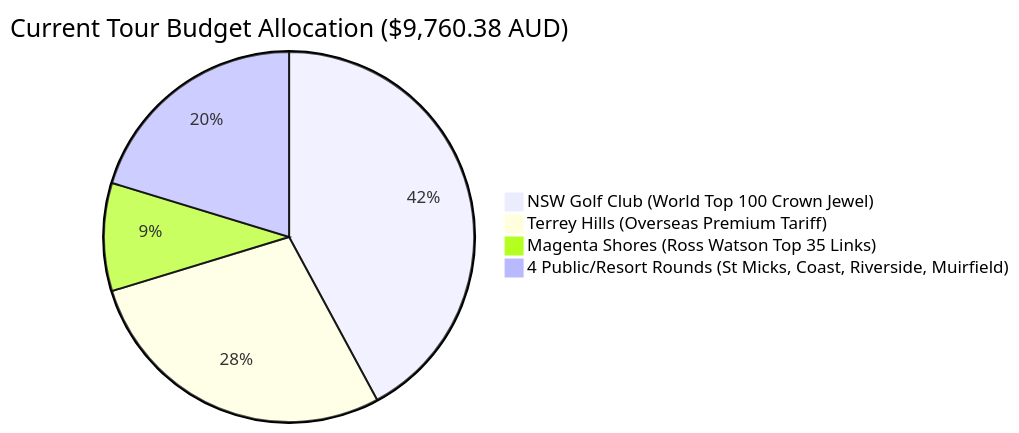
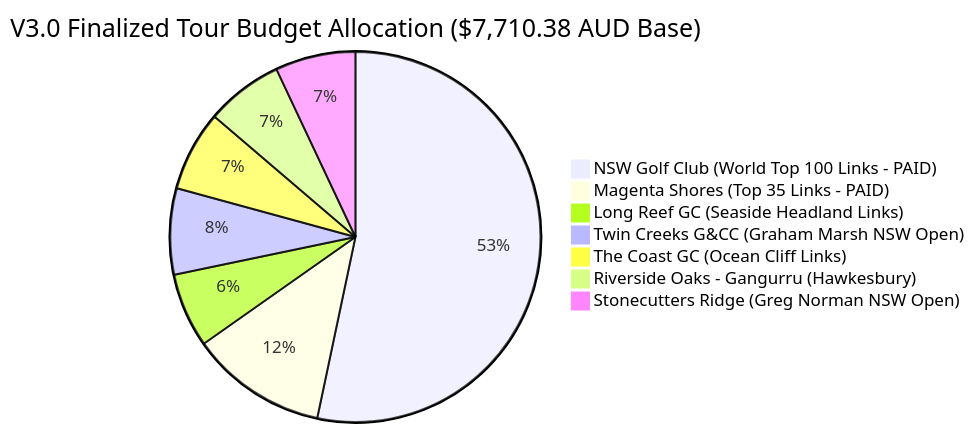
One commit to leonliah/sydney-golf-tour-2026 changed the diagram in docs/advisor_recommendations.md. Above: the diagram before and after it, drawn with Mermaid. The commit also changed other lines of this file and 4 other files, not shown here.

````diff
--- a/docs/advisor_recommendations.md
+++ b/docs/advisor_recommendations.md
@@ -23,7 +19,10 @@
 ```mermaid
-pie title Current Tour Budget Allocation ($9,760.38 AUD)
-    "NSW Golf Club (World Top 100 Crown Jewel)" : 4110.38
-    "Terrey Hills (Overseas Premium Tariff)" : 2750.00
-    "Magenta Shores (Ross Watson Top 35 Links)" : 920.00
-    "4 Public/Resort Rounds (St Micks, Coast, Riverside, Muirfield)" : 1980.00
+pie title V3.0 Finalized Tour Budget Allocation ($7,710.38 AUD Base)
+    "NSW Golf Club (World Top 100 Links - PAID)" : 4110.38
+    "Magenta Shores (Top 35 Links - PAID)" : 920.00
+    "Long Reef GC (Seaside Headland Links)" : 500.00
+    "Twin Creeks G&CC (Graham Marsh NSW Open)" : 580.00
+    "The Coast GC (Ocean Cliff Links)" : 540.00
+    "Riverside Oaks - Gangurru (Hawkesbury)" : 520.00
+    "Stonecutters Ridge (Greg Norman NSW Open)" : 540.00
 ```
````
